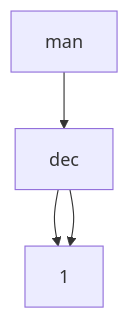
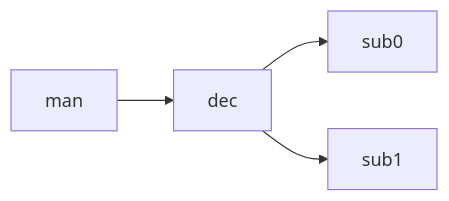
Before and after one commit to jeras/TCB: the second of 4 diagrams in doc/TCB.md, drawn with Mermaid. The commit also changed other lines of this file, not shown here.

````diff
--- a/doc/TCB.md
+++ b/doc/TCB.md
@@ -165,4 +165,4 @@
 ```mermaid
-flowchart TD
-    man --> dec --> sub[0] & sub[1]
+flowchart LR
+    man --> dec --> sub0 & sub1
 ```
````
